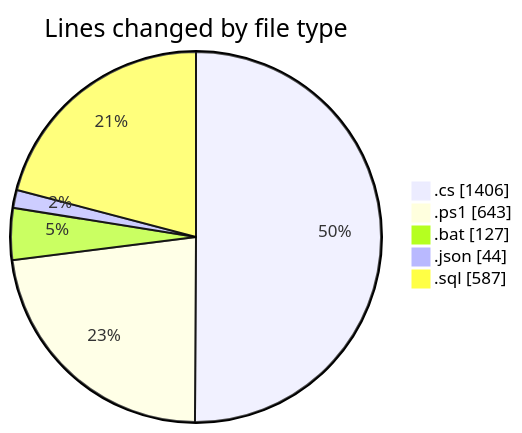
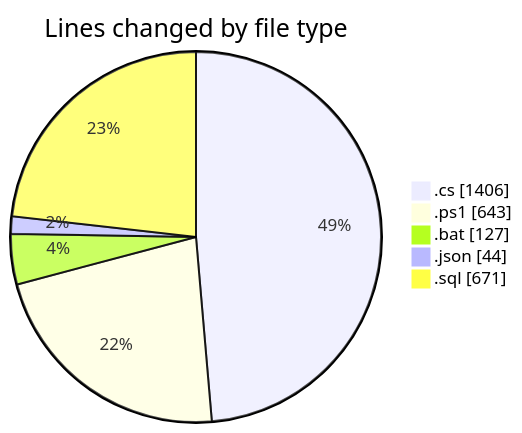
Before and after one commit to lephambinh05/code-tracking: the first of 2 diagrams in 2025-07-28/quanlyrapchieuphim-2/README.md, drawn with Mermaid. The commit also changed other lines of this file and 1 other file, not shown here.

````diff
--- a/2025-07-28/quanlyrapchieuphim-2/README.md
+++ b/2025-07-28/quanlyrapchieuphim-2/README.md
@@ -34,9 +35,9 @@
 ```mermaid
 pie showData
 title Lines changed by file type
 ".cs" : 1406
 ".ps1" : 643
 ".bat" : 127
 ".json" : 44
-".sql" : 587
+".sql" : 671
 ```
````
